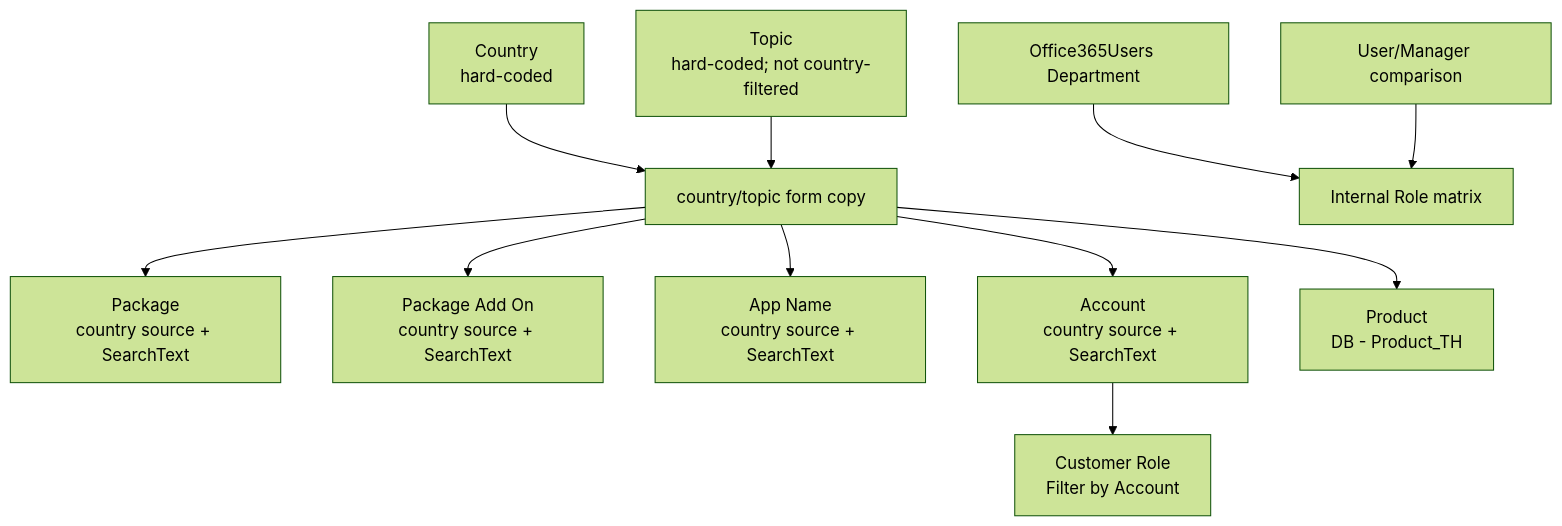
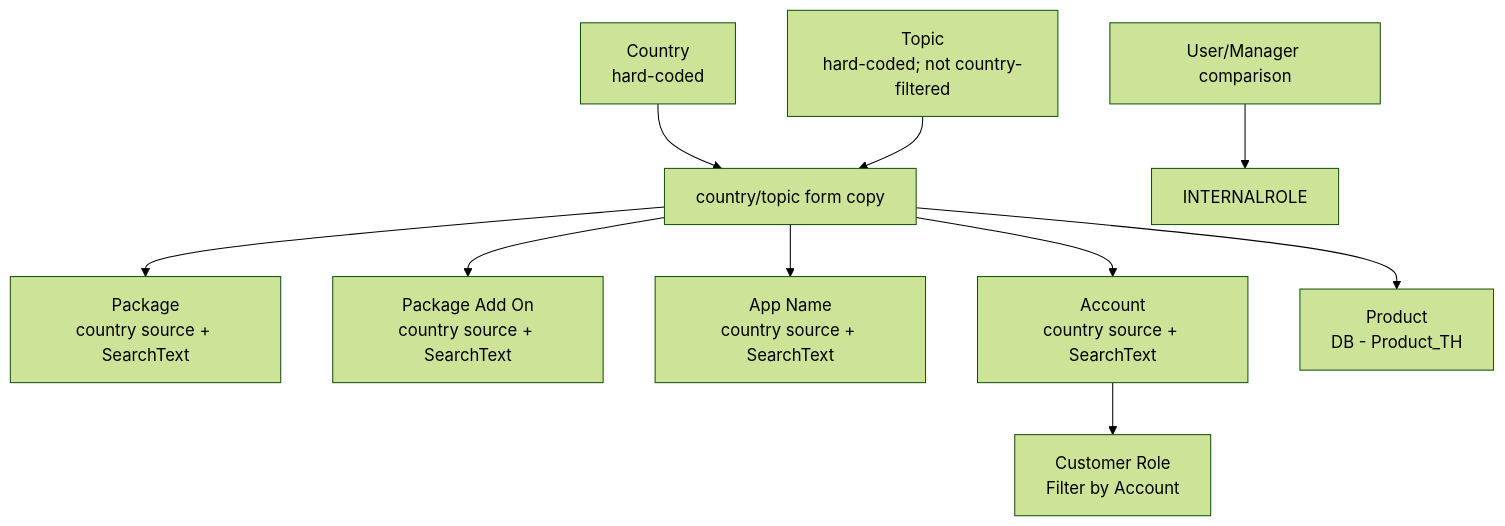
The second of 2 diagrams in docs/product-management-source-discovery.md (birdzee4-cmd/access-management-portal), drawn with Mermaid (forest theme) before and after one commit. The commit also changed other lines of this file and 14 other files, not shown here.

````diff
--- a/docs/product-management-source-discovery.md
+++ b/docs/product-management-source-discovery.md
@@ -290,13 +289,12 @@
 ```mermaid
 flowchart TD
     COUNTRY["Country\nhard-coded"] --> SCREEN["country/topic form copy"]
     TOPIC["Topic\nhard-coded; not country-filtered"] --> SCREEN
     SCREEN --> PACKAGE["Package\ncountry source + SearchText"]
     SCREEN --> ADDON["Package Add On\ncountry source + SearchText"]
     SCREEN --> APP["App Name\ncountry source + SearchText"]
     SCREEN --> ACCOUNT["Account\ncountry source + SearchText"]
     SCREEN --> PRODUCT["Product\nDB - Product_TH"]
     ACCOUNT --> CUSTOMERROLE["Customer Role\nFilter by Account"]
-    USERDEPT["Office365Users Department"] --> INTERNALROLE["Internal Role matrix"]
     MANAGER["User/Manager comparison"] --> INTERNALROLE
 ```
````
